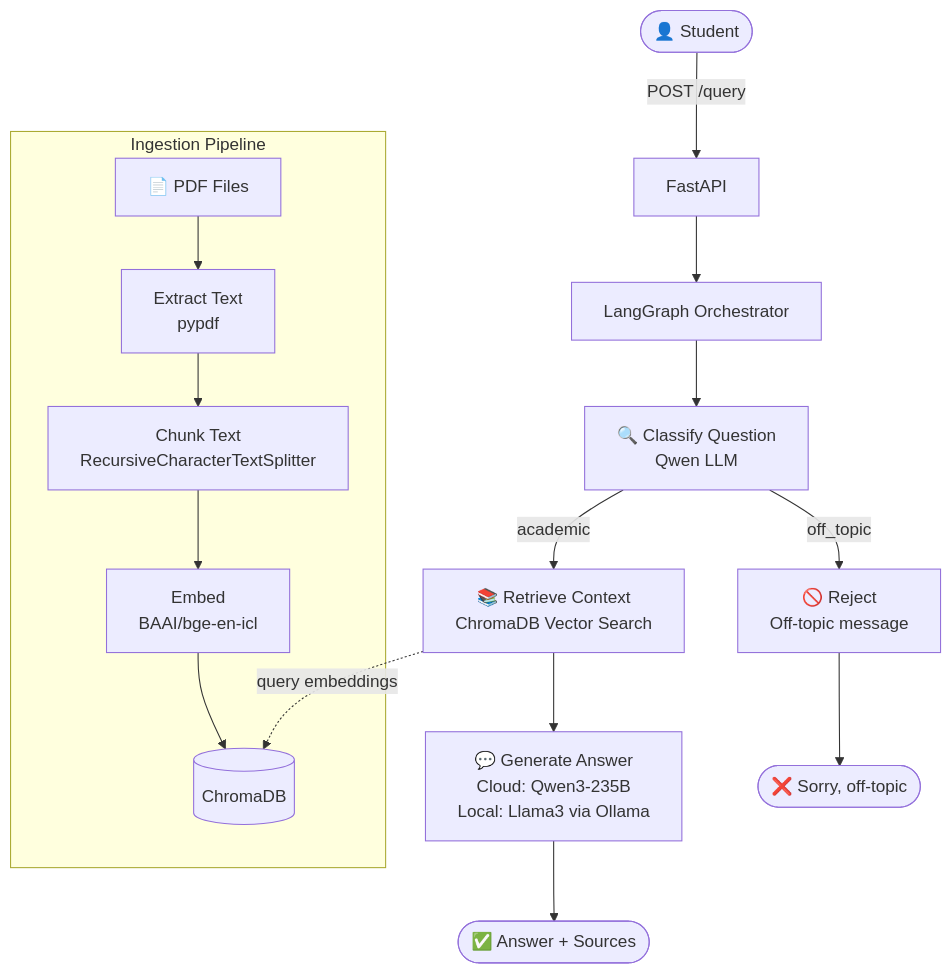
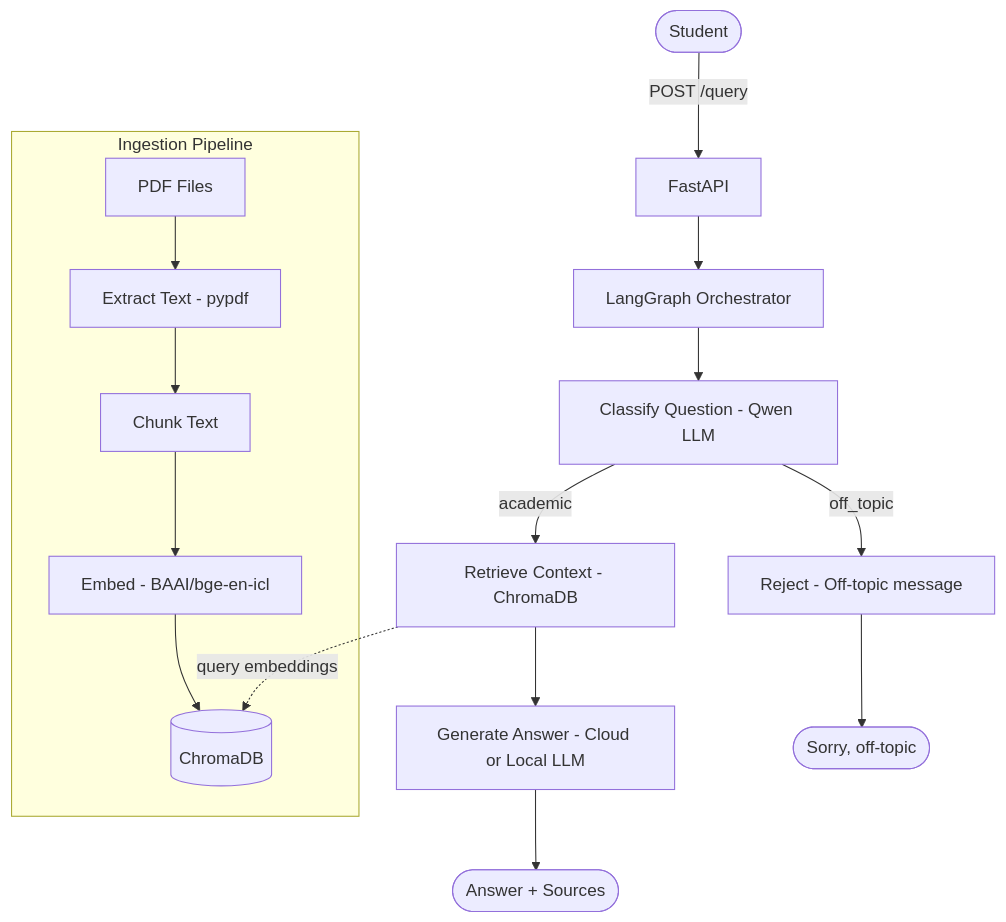
The diagram in README.md (sandeepkumar1709/student-qa-rag), drawn with Mermaid before and after one commit.

Commit message:
Fix Mermaid diagram rendering

````diff
--- a/README.md
+++ b/README.md
@@ -7,24 +7,20 @@
 ```mermaid
 flowchart TD
-    A([👤 Student]) -->|POST /query| B[FastAPI]
+    A([Student]) -->|POST /query| B[FastAPI]
     B --> C[LangGraph Orchestrator]
-
-    C --> D[🔍 Classify Question\nQwen LLM]
-
-    D -->|academic| E[📚 Retrieve Context\nChromaDB Vector Search]
-    D -->|off_topic| F[🚫 Reject\nOff-topic message]
-
-    E --> G[💬 Generate Answer\nCloud: Qwen3-235B\nLocal: Llama3 via Ollama]
-
-    G --> H([✅ Answer + Sources])
-    F --> I([❌ Sorry, off-topic])
+    C --> D[Classify Question - Qwen LLM]
+    D -->|academic| E[Retrieve Context - ChromaDB]
+    D -->|off_topic| F[Reject - Off-topic message]
+    E --> G[Generate Answer - Cloud or Local LLM]
+    G --> H([Answer + Sources])
+    F --> I([Sorry, off-topic])
 
     subgraph Ingestion Pipeline
-        J[📄 PDF Files] --> K[Extract Text\npypdf]
-        K --> L[Chunk Text\nRecursiveCharacterTextSplitter]
-        L --> M[Embed\nBAAI/bge-en-icl]
+        J[PDF Files] --> K[Extract Text - pypdf]
+        K --> L[Chunk Text]
+        L --> M[Embed - BAAI/bge-en-icl]
         M --> N[(ChromaDB)]
     end
 
     E -.->|query embeddings| N
 ```
````
